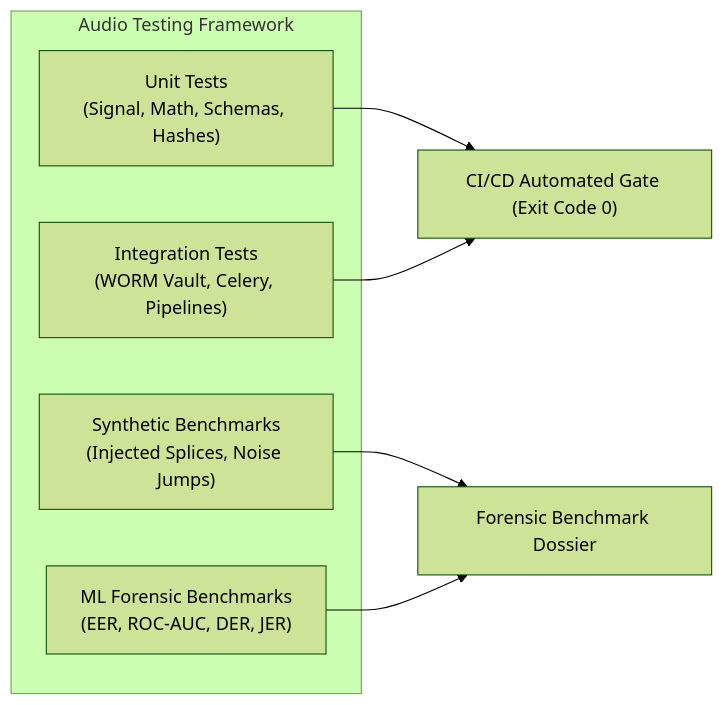
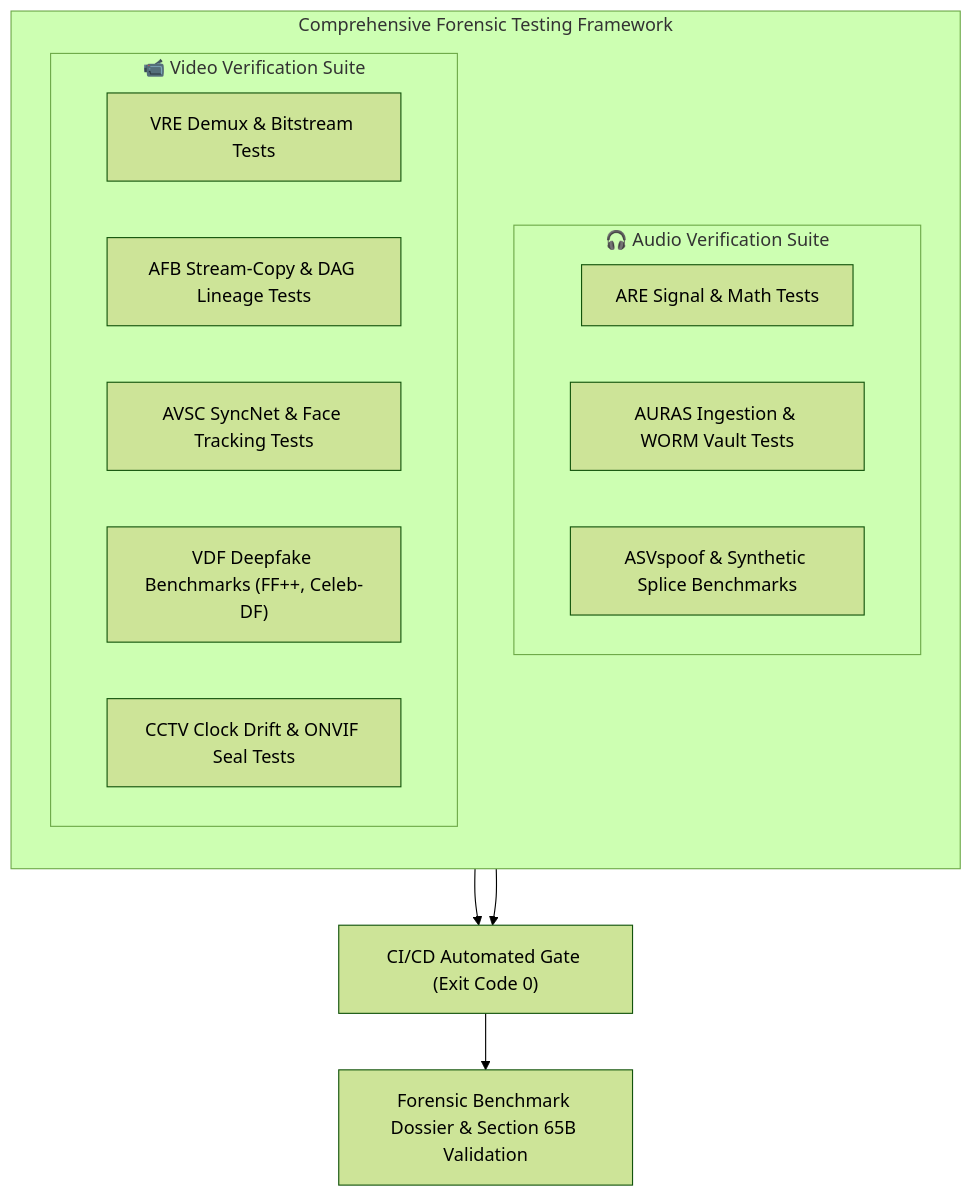
One commit to Subhadip-Paul2006/BHack-Docs changed diagram 12 of 12 in TRD.md. Above: the diagram before and after it, drawn with Mermaid (forest theme). The commit also changed other lines of this file and 3 other files, not shown here.

````diff
--- a/TRD.md
+++ b/TRD.md
@@ -840,14 +2001,22 @@
 ```mermaid
-flowchart LR
-    subgraph SUITES["Audio Testing Framework"]
-        UNIT["Unit Tests<br/>(Signal, Math, Schemas, Hashes)"]
-        INTEG["Integration Tests<br/>(WORM Vault, Celery, Pipelines)"]
-        SYNTH["Synthetic Benchmarks<br/>(Injected Splices, Noise Jumps)"]
-        ML_BENCH["ML Forensic Benchmarks<br/>(EER, ROC-AUC, DER, JER)"]
+flowchart TD
+    subgraph SUITES["Comprehensive Forensic Testing Framework"]
+        direction TB
+        subgraph AUDIO_TESTS["🎧 Audio Verification Suite"]
+            A_UNIT["ARE Signal & Math Tests"]
+            A_INTEG["AURAS Ingestion & WORM Vault Tests"]
+            A_BENCH["ASVspoof & Synthetic Splice Benchmarks"]
+        end
+        subgraph VIDEO_TESTS["📹 Video Verification Suite"]
+            V_UNIT["VRE Demux & Bitstream Tests"]
+            V_INTEG["AFB Stream-Copy & DAG Lineage Tests"]
+            V_AVSC["AVSC SyncNet & Face Tracking Tests"]
+            V_VDF["VDF Deepfake Benchmarks (FF++, Celeb-DF)"]
+            V_CCTV["CCTV Clock Drift & ONVIF Seal Tests"]
+        end
     end
     
-    UNIT --> CI_GATE["CI/CD Automated Gate (Exit Code 0)"]
-    INTEG --> CI_GATE
-    SYNTH --> BENCH_REPORT["Forensic Benchmark Dossier"]
-    ML_BENCH --> BENCH_REPORT
+    AUDIO_TESTS --> CI_GATE["CI/CD Automated Gate (Exit Code 0)"]
+    VIDEO_TESTS --> CI_GATE
+    CI_GATE --> BENCH_REPORT["Forensic Benchmark Dossier & Section 65B Validation"]
 ```
````
